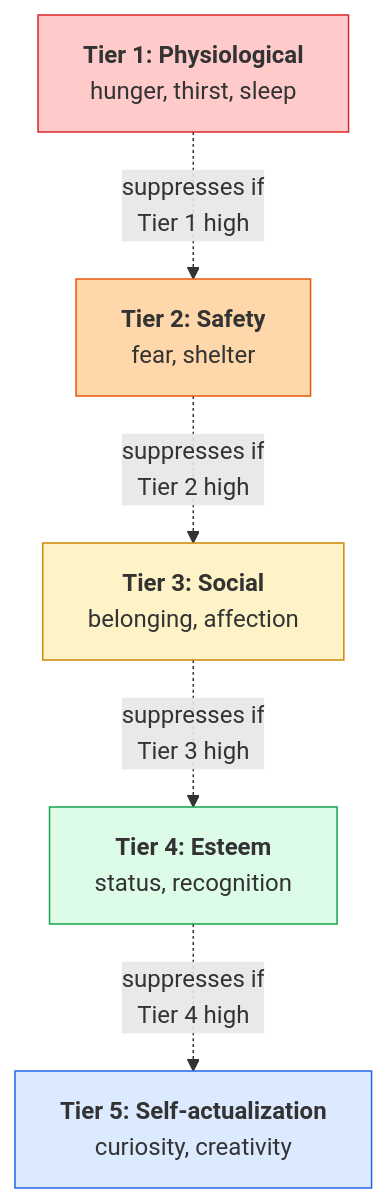
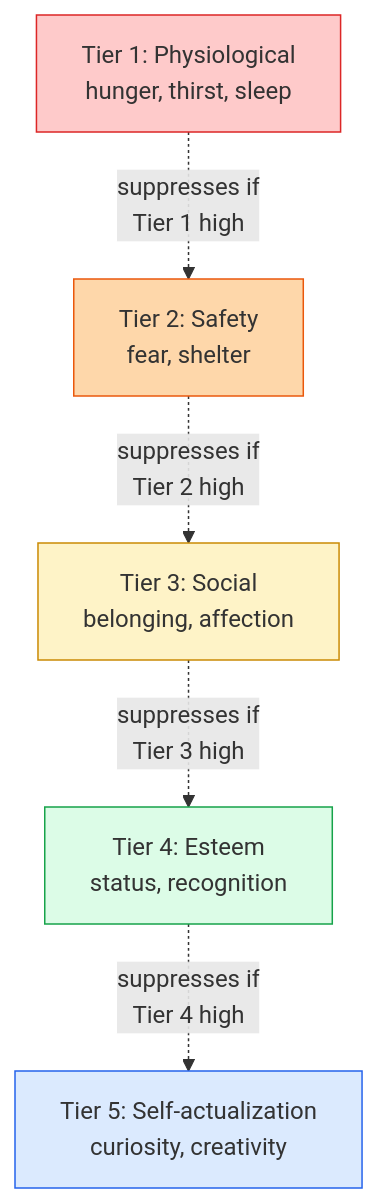
The seventh of 12 diagrams in README.md (hiroxpepe/animo), drawn with Mermaid before and after one commit. The commit also changed other lines of this file and 11 other files, not shown here.

````diff
--- a/README.md
+++ b/README.md
@@ -238,17 +238,17 @@
 ```mermaid
 flowchart TB
-  T1["<b>Tier 1: Physiological</b><br/>hunger, thirst, sleep"]
-  T2["<b>Tier 2: Safety</b><br/>fear, shelter"]
-  T3["<b>Tier 3: Social</b><br/>belonging, affection"]
-  T4["<b>Tier 4: Esteem</b><br/>status, recognition"]
-  T5["<b>Tier 5: Self-actualization</b><br/>curiosity, creativity"]
+  T1["Tier 1: Physiological<br/>hunger, thirst, sleep"]
+  T2["Tier 2: Safety<br/>fear, shelter"]
+  T3["Tier 3: Social<br/>belonging, affection"]
+  T4["Tier 4: Esteem<br/>status, recognition"]
+  T5["Tier 5: Self-actualization<br/>curiosity, creativity"]
   T1 -.->|"suppresses if<br/>Tier 1 high"| T2
   T2 -.->|"suppresses if<br/>Tier 2 high"| T3
   T3 -.->|"suppresses if<br/>Tier 3 high"| T4
   T4 -.->|"suppresses if<br/>Tier 4 high"| T5
   style T1 fill:#fecaca,stroke:#dc2626
   style T2 fill:#fed7aa,stroke:#ea580c
   style T3 fill:#fef3c7,stroke:#ca8a04
   style T4 fill:#dcfce7,stroke:#16a34a
   style T5 fill:#dbeafe,stroke:#2563eb
 ```
````
